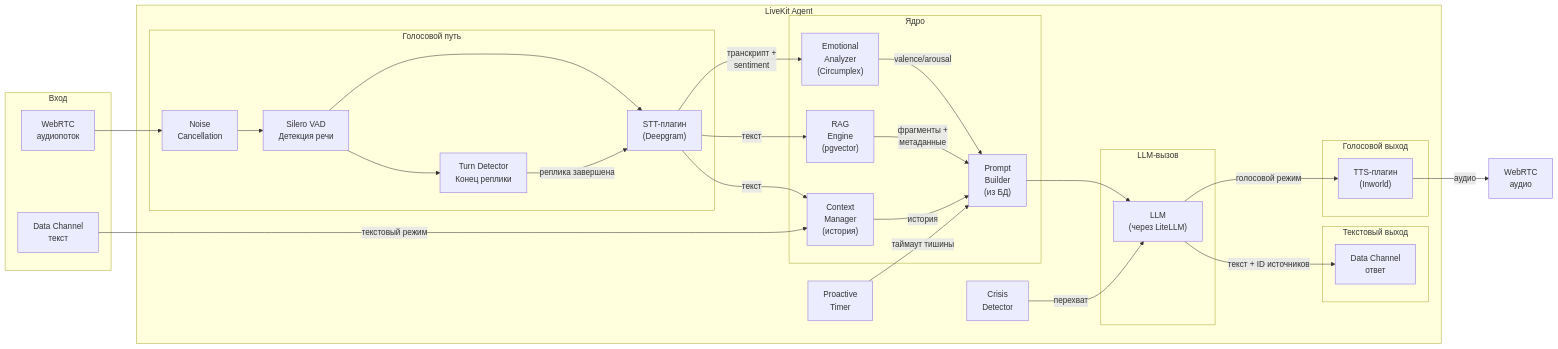
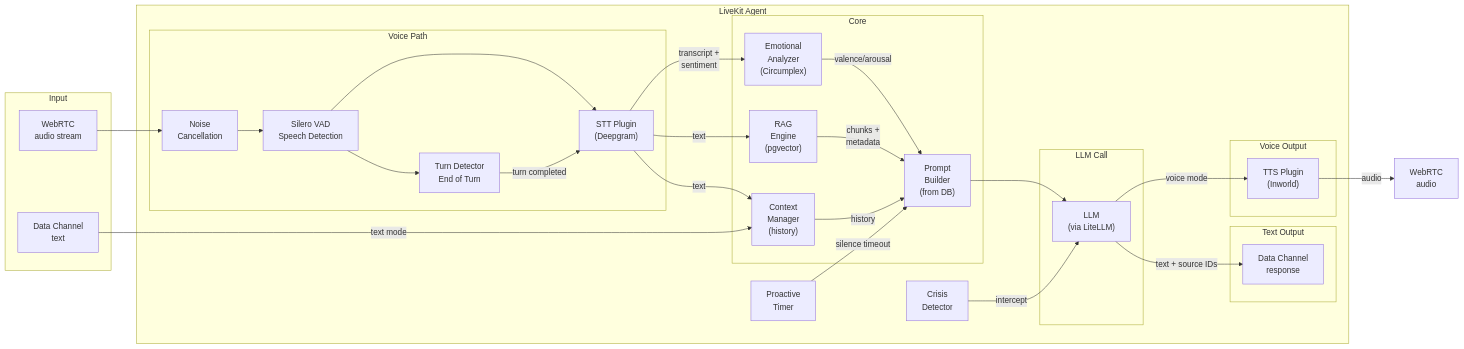
Diagram 11 of 25 in docs/architecture.md (itechmeat/twype-voice), drawn with Mermaid before and after one commit. The commit also changed other lines of this file and 30 other files, not shown here.

````diff
--- a/docs/architecture.md
+++ b/docs/architecture.md
@@ -499,61 +499,61 @@
 ```mermaid
 flowchart LR
-    subgraph INPUT["Вход"]
-        AUDIO["WebRTC<br/>аудиопоток"]
-        TEXT["Data Channel<br/>текст"]
+    subgraph INPUT["Input"]
+        AUDIO["WebRTC<br/>audio stream"]
+        TEXT["Data Channel<br/>text"]
     end
 
     subgraph AGENT["LiveKit Agent"]
-        subgraph VOICE_PATH["Голосовой путь"]
-            VAD["Silero VAD<br/>Детекция речи"]
+        subgraph VOICE_PATH["Voice Path"]
+            VAD["Silero VAD<br/>Speech Detection"]
             NC["Noise<br/>Cancellation"]
-            TD["Turn Detector<br/>Конец реплики"]
-            STT["STT-плагин<br/>(Deepgram)"]
+            TD["Turn Detector<br/>End of Turn"]
+            STT["STT Plugin<br/>(Deepgram)"]
         end
 
-        subgraph CORE["Ядро"]
+        subgraph CORE["Core"]
             EMO["Emotional<br/>Analyzer<br/>(Circumplex)"]
-            CTX["Context<br/>Manager<br/>(история)"]
+            CTX["Context<br/>Manager<br/>(history)"]
             RAG["RAG<br/>Engine<br/>(pgvector)"]
-            PROMPT["Prompt<br/>Builder<br/>(из БД)"]
+            PROMPT["Prompt<br/>Builder<br/>(from DB)"]
         end
 
-        subgraph LLM_CALL["LLM-вызов"]
-            LLM["LLM<br/>(через LiteLLM)"]
+        subgraph LLM_CALL["LLM Call"]
+            LLM["LLM<br/>(via LiteLLM)"]
         end
 
-        subgraph OUTPUT_VOICE["Голосовой выход"]
-            TTS["TTS-плагин<br/>(Inworld)"]
+        subgraph OUTPUT_VOICE["Voice Output"]
+            TTS["TTS Plugin<br/>(Inworld)"]
         end
 
-        subgraph OUTPUT_TEXT["Текстовый выход"]
-            DC_OUT["Data Channel<br/>ответ"]
+        subgraph OUTPUT_TEXT["Text Output"]
+            DC_OUT["Data Channel<br/>response"]
         end
 
         PROACTIVE["Proactive<br/>Timer"]
         CRISIS["Crisis<br/>Detector"]
     end
 
     AUDIO --> NC --> VAD --> STT
     VAD --> TD
-    TD -->|"реплика завершена"| STT
-    TEXT -->|"текстовый режим"| CTX
+    TD -->|"turn completed"| STT
+    TEXT -->|"text mode"| CTX
 
-    STT -->|"транскрипт +<br/>sentiment"| EMO
-    STT -->|"текст"| RAG
-    STT -->|"текст"| CTX
+    STT -->|"transcript +<br/>sentiment"| EMO
+    STT -->|"text"| RAG
+    STT -->|"text"| CTX
 
     EMO -->|"valence/arousal"| PROMPT
-    RAG -->|"фрагменты +<br/>метаданные"| PROMPT
-    CTX -->|"история"| PROMPT
+    RAG -->|"chunks +<br/>metadata"| PROMPT
+    CTX -->|"history"| PROMPT
 
     PROMPT --> LLM
-    CRISIS -->|"перехват"| LLM
+    CRISIS -->|"intercept"| LLM
 
-    LLM -->|"голосовой режим"| TTS
-    LLM -->|"текст + ID источников"| DC_OUT
+    LLM -->|"voice mode"| TTS
+    LLM -->|"text + source IDs"| DC_OUT
 
-    TTS -->|"аудио"| OUTPUT_AUDIO["WebRTC<br/>аудио"]
+    TTS -->|"audio"| OUTPUT_AUDIO["WebRTC<br/>audio"]
 
-    PROACTIVE -->|"таймаут тишины"| PROMPT
+    PROACTIVE -->|"silence timeout"| PROMPT
 ```
````
